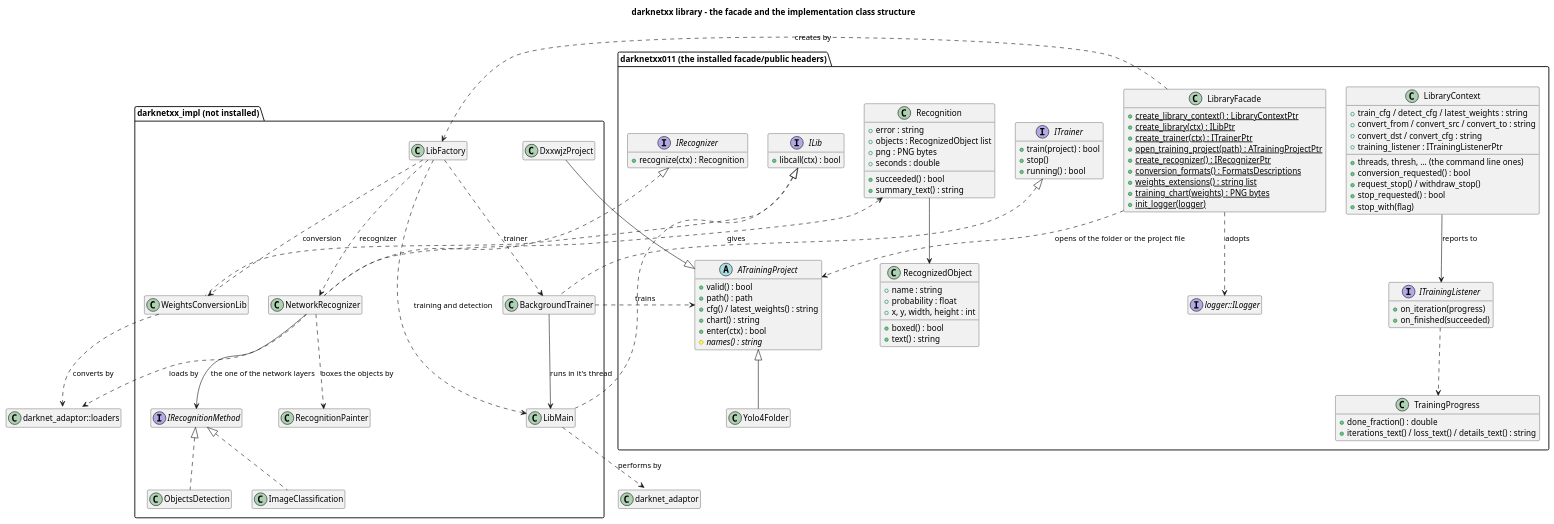
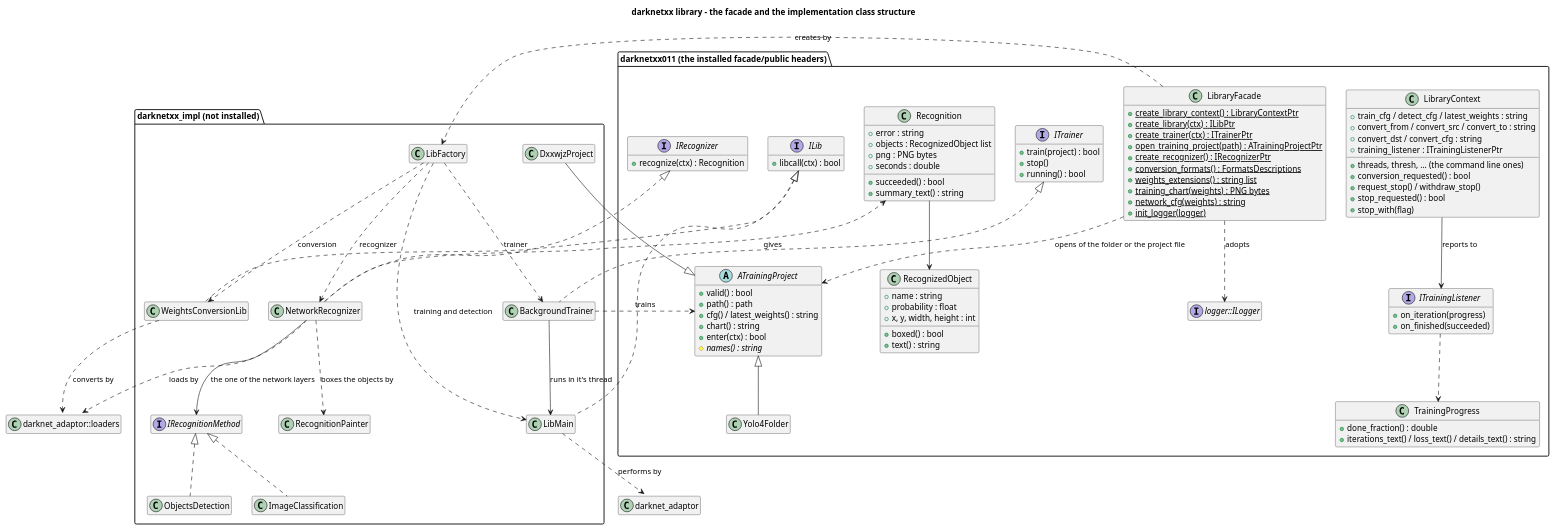
The diagram in doc/diagrams/library-classes.puml (yuriysydor1991/darknetxx), drawn with PlantUML before and after one commit. The commit also changed 20 other files, not shown here.

```diff
--- a/doc/diagrams/library-classes.puml
+++ b/doc/diagrams/library-classes.puml
@@ -1,126 +1,127 @@
 @startuml library-classes
 title darknetxx library - the facade and the implementation class structure
 
 skinparam shadowing false
 hide empty members
 
 package "darknetxx011 (the installed facade/public headers)" {
   class LibraryFacade {
     +{static} create_library_context() : LibraryContextPtr
     +{static} create_library(ctx) : ILibPtr
     +{static} create_trainer(ctx) : ITrainerPtr
     +{static} open_training_project(path) : ATrainingProjectPtr
     +{static} create_recognizer() : IRecognizerPtr
     +{static} conversion_formats() : FormatsDescriptions
     +{static} weights_extensions() : string list
     +{static} training_chart(weights) : PNG bytes
+    +{static} network_cfg(weights) : string
     +{static} init_logger(logger)
   }
 
   class LibraryContext {
     +train_cfg / detect_cfg / latest_weights : string
     +threads, thresh, ... (the command line ones)
     +convert_from / convert_src / convert_to : string
     +convert_dst / convert_cfg : string
     +training_listener : ITrainingListenerPtr
     +conversion_requested() : bool
     +request_stop() / withdraw_stop()
     +stop_requested() : bool
     +stop_with(flag)
   }
 
   interface ILib {
     +libcall(ctx) : bool
   }
 
   interface ITrainer {
     +train(project) : bool
     +stop()
     +running() : bool
   }
 
   interface ITrainingListener {
     +on_iteration(progress)
     +on_finished(succeeded)
   }
 
   class TrainingProgress {
     +done_fraction() : double
     +iterations_text() / loss_text() / details_text() : string
   }
 
   abstract class ATrainingProject {
     +valid() : bool
     +path() : path
     +cfg() / latest_weights() : string
     +chart() : string
     +enter(ctx) : bool
     #{abstract} names() : string
   }
 
   class Yolo4Folder
 
   interface IRecognizer {
     +recognize(ctx) : Recognition
   }
 
   class Recognition {
     +error : string
     +objects : RecognizedObject list
     +png : PNG bytes
     +seconds : double
     +succeeded() : bool
     +summary_text() : string
   }
 
   class RecognizedObject {
     +name : string
     +probability : float
     +x, y, width, height : int
     +boxed() : bool
     +text() : string
   }
 
   interface "logger::ILogger" as ILogger
 }
 
 package "darknetxx_impl (not installed)" {
   class LibFactory
   class LibMain
   class WeightsConversionLib
   class BackgroundTrainer
   class DxxwjzProject
   class NetworkRecognizer
   interface IRecognitionMethod
   class ObjectsDetection
   class ImageClassification
   class RecognitionPainter
 }
 
 ILib <|.. LibMain
 ILib <|.. WeightsConversionLib
 ITrainer <|.. BackgroundTrainer
 IRecognizer <|.. NetworkRecognizer
 IRecognitionMethod <|.. ObjectsDetection
 IRecognitionMethod <|.. ImageClassification
 LibraryFacade ..> LibFactory : creates by
 LibFactory ..> LibMain : training and detection
 LibFactory ..> WeightsConversionLib : conversion
 LibFactory ..> BackgroundTrainer : trainer
 LibFactory ..> NetworkRecognizer : recognizer
 NetworkRecognizer --> IRecognitionMethod : the one of the network layers
 NetworkRecognizer ..> RecognitionPainter : boxes the objects by
 NetworkRecognizer ..> "darknet_adaptor::loaders::OrigDefaultLoader" : loads by
 NetworkRecognizer ..> Recognition : gives
 Recognition --> RecognizedObject
 BackgroundTrainer --> LibMain : runs in it's thread
 LibMain ..> "darknet_adaptor::DarknetController" : performs by
 WeightsConversionLib ..> "darknet_adaptor::loaders::WeightsConverter" : converts by
 LibraryContext --> ITrainingListener : reports to
 ITrainingListener ..> TrainingProgress
 ATrainingProject <|-- Yolo4Folder
 ATrainingProject <|-- DxxwjzProject
 LibraryFacade ..> ATrainingProject : opens of the folder or the project file
 BackgroundTrainer ..> ATrainingProject : trains
 LibraryFacade ..> ILogger : adopts
 @enduml
```
